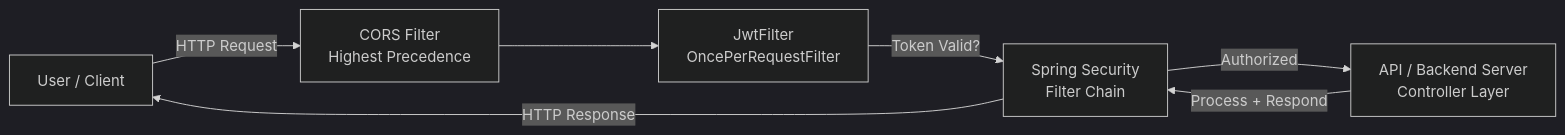
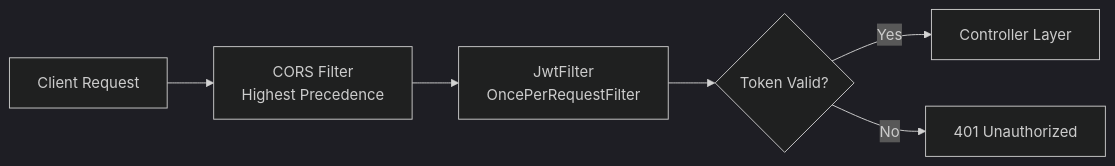
One commit to KARTHIKAKRISHNA123/todoist changed diagram 18 of 19 in README.Md. Above: the diagram before and after it, drawn with Mermaid (dark theme). The commit also changed other lines of this file, not shown here.

````diff
--- a/README.Md
+++ b/README.Md
@@ -1003,15 +839,13 @@
 ```mermaid
 flowchart LR
-    A[User / Client]
-    B[Spring Security\nFilter Chain]
-    C[CORS Filter\nHighest Precedence]
-    D[JwtFilter\nOncePerRequestFilter]
-    E[API / Backend Server\nController Layer]
+    A[Client Request]
+    B[CORS Filter\nHighest Precedence]
+    C[JwtFilter\nOncePerRequestFilter]
+    D{Token Valid?}
+    E[Controller Layer]
+    F[401 Unauthorized]
 
-    A -->|HTTP Request| C
-    C --> D
-    D -->|Token Valid?| B
-    B -->|Authorized| E
-    E -->|Process + Respond| B
-    B -->|HTTP Response| A
+    A --> B --> C --> D
+    D -->|Yes| E
+    D -->|No| F
 ```
````
